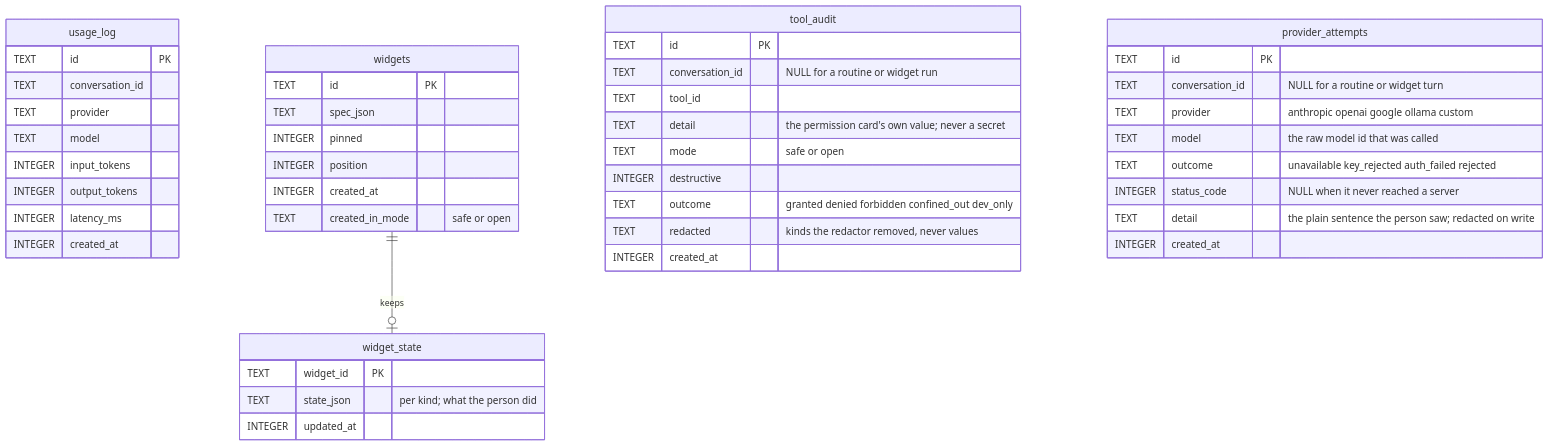
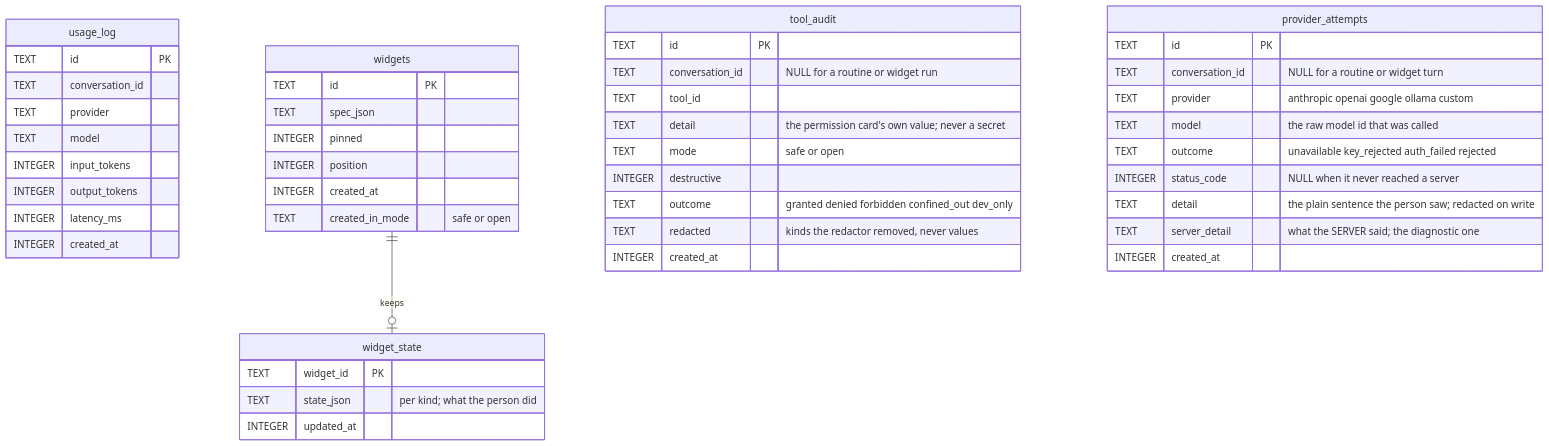
One commit to N041M/Addison changed the third of 3 diagrams in docs/data-model.md. Above: the diagram before and after it, drawn with Mermaid. The commit also changed 8 other files, not shown here.

````diff
--- a/docs/data-model.md
+++ b/docs/data-model.md
@@ -480,48 +480,49 @@
 ```mermaid
 erDiagram
     usage_log {
         TEXT id PK
         TEXT conversation_id
         TEXT provider
         TEXT model
         INTEGER input_tokens
         INTEGER output_tokens
         INTEGER latency_ms
         INTEGER created_at
     }
     widgets {
         TEXT id PK
         TEXT spec_json
         INTEGER pinned
         INTEGER position
         INTEGER created_at
         TEXT created_in_mode "safe or open"
     }
     widget_state {
         TEXT widget_id PK
         TEXT state_json "per kind; what the person did"
         INTEGER updated_at
     }
     widgets ||--o| widget_state : keeps
     tool_audit {
         TEXT id PK
         TEXT conversation_id "NULL for a routine or widget run"
         TEXT tool_id
         TEXT detail "the permission card's own value; never a secret"
         TEXT mode "safe or open"
         INTEGER destructive
         TEXT outcome "granted denied forbidden confined_out dev_only"
         TEXT redacted "kinds the redactor removed, never values"
         INTEGER created_at
     }
     provider_attempts {
         TEXT id PK
         TEXT conversation_id "NULL for a routine or widget turn"
         TEXT provider "anthropic openai google ollama custom"
         TEXT model "the raw model id that was called"
         TEXT outcome "unavailable key_rejected auth_failed rejected"
         INTEGER status_code "NULL when it never reached a server"
         TEXT detail "the plain sentence the person saw; redacted on write"
+        TEXT server_detail "what the SERVER said; the diagnostic one"
         INTEGER created_at
     }
 ```
````
